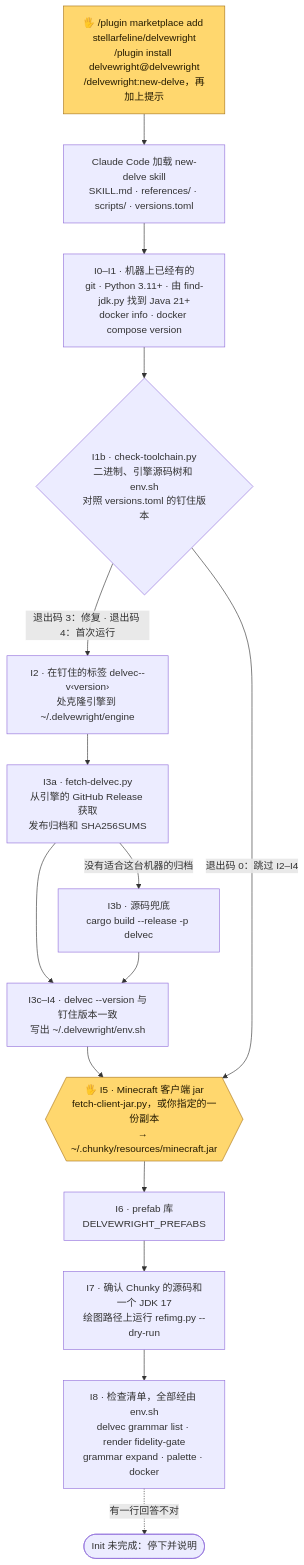
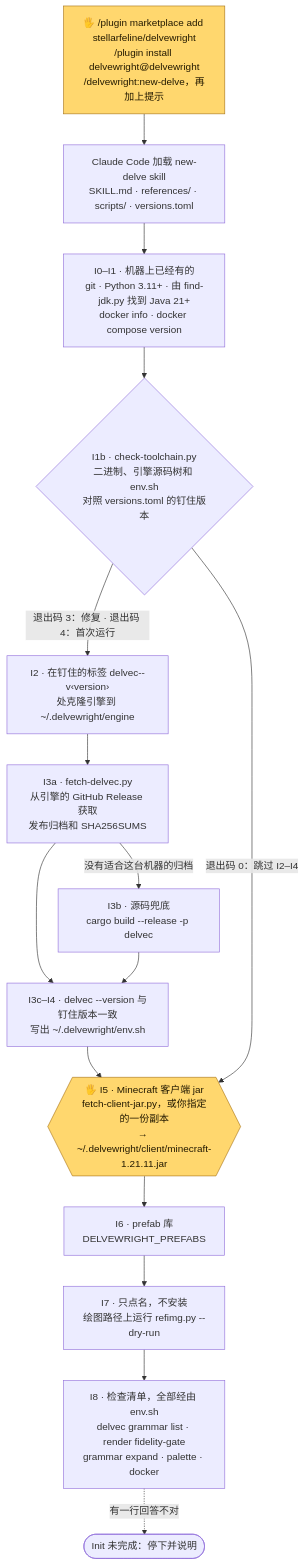
One commit to stellarfeline/delvewright changed the second of 9 diagrams in docs/how-it-works.zh-CN.md. Above: the diagram before and after it, drawn with Mermaid. The commit also changed other lines of this file and 42 other files, not shown here.

````diff
--- a/docs/how-it-works.zh-CN.md
+++ b/docs/how-it-works.zh-CN.md
@@ -26,20 +26,20 @@
 ```mermaid
 flowchart TD
     U["🖐 /plugin marketplace add stellarfeline/delvewright<br/>/plugin install delvewright@delvewright<br/>/delvewright:new-delve，再加上提示"]:::human
     U --> CC["Claude Code 加载 new-delve skill<br/>SKILL.md · references/ · scripts/ · versions.toml"]
     CC --> I1["I0–I1 · 机器上已经有的<br/>git · Python 3.11+ · 由 find-jdk.py 找到 Java 21+<br/>docker info · docker compose version"]
     I1 --> I1B{"I1b · check-toolchain.py<br/>二进制、引擎源码树和 env.sh<br/>对照 versions.toml 的钉住版本"}
     I1B -->|"退出码 3：修复 · 退出码 4：首次运行"| I2["I2 · 在钉住的标签 delvec--v‹version›<br/>处克隆引擎到 ~/.delvewright/engine"]
     I2 --> I3A["I3a · fetch-delvec.py<br/>从引擎的 GitHub Release 获取<br/>发布归档和 SHA256SUMS"]
     I3A -->|"没有适合这台机器的归档"| I3B["I3b · 源码兜底<br/>cargo build --release -p delvec"]
     I3A --> I4["I3c–I4 · delvec --version 与钉住版本一致<br/>写出 ~/.delvewright/env.sh"]
     I3B --> I4
-    I4 --> I5{{"🖐 I5 · Minecraft 客户端 jar<br/>fetch-client-jar.py，或你指定的一份副本<br/>→ ~/.chunky/resources/minecraft.jar"}}:::human
+    I4 --> I5{{"🖐 I5 · Minecraft 客户端 jar<br/>fetch-client-jar.py，或你指定的一份副本<br/>→ ~/.delvewright/client/minecraft-1.21.11.jar"}}:::human
     I1B -->|"退出码 0：跳过 I2–I4"| I5
     I5 --> I6["I6 · prefab 库<br/>DELVEWRIGHT_PREFABS"]
-    I6 --> I7["I7 · 确认 Chunky 的源码和一个 JDK 17<br/>绘图路径上运行 refimg.py --dry-run"]
+    I6 --> I7["I7 · 只点名，不安装<br/>绘图路径上运行 refimg.py --dry-run"]
     I7 --> I8["I8 · 检查清单，全部经由 env.sh<br/>delvec grammar list · render fidelity-gate<br/>grammar expand · palette · docker"]
     I8 -.->|"有一行回答不对"| STOP(["Init 未完成：停下并说明"])
 
     classDef human fill:#ffd76e,stroke:#a9761a,color:#241a00
 ```
````
